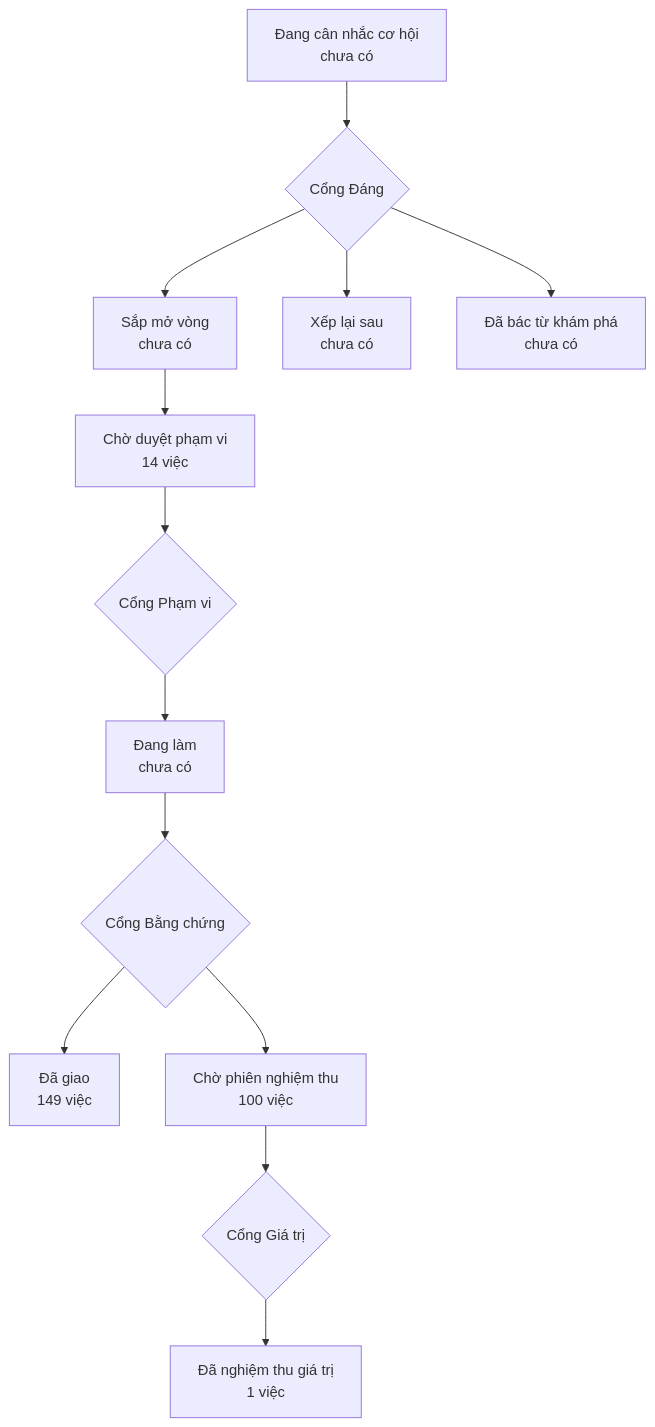
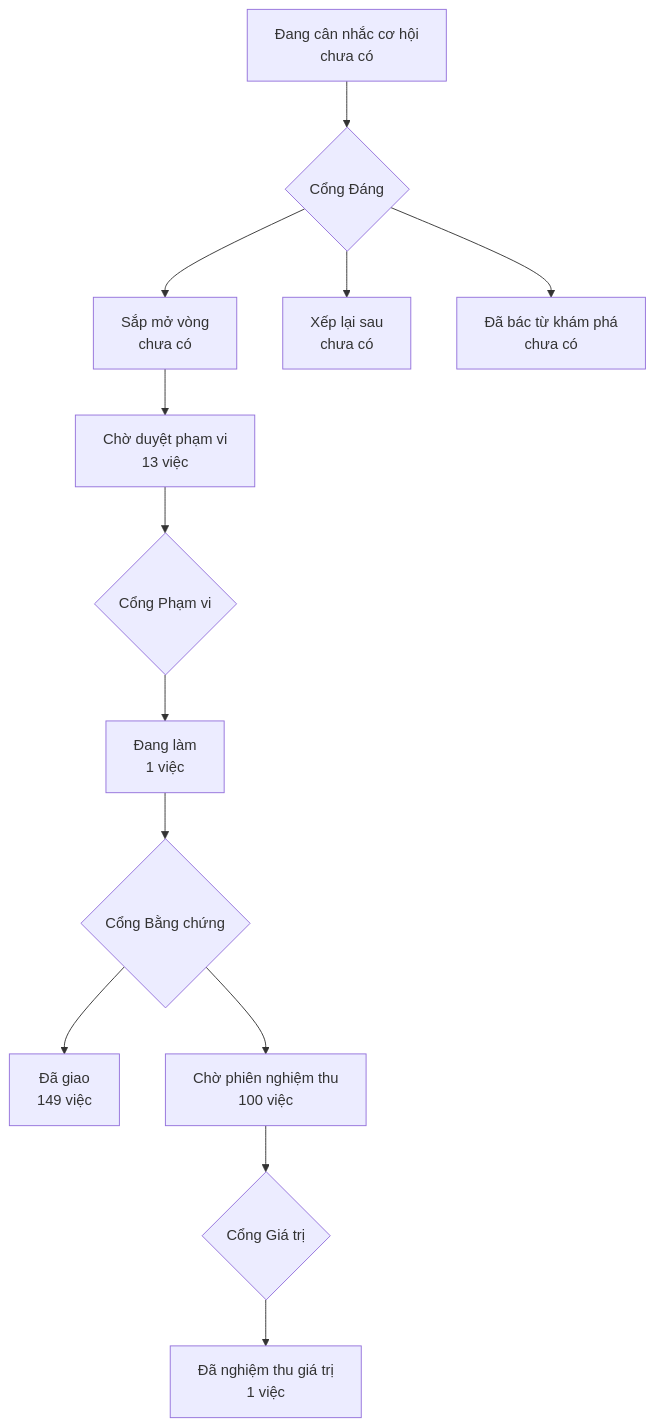
The diagram in PRODUCT-MAP.md (phanlemanh/onehub-invest), drawn with Mermaid before and after one commit. The commit also changed other lines of this file and 2 other files, not shown here.

Commit message:
Gate 1: truong-nhan-s03-081 — Mạnh duyệt phạm vi (Hỏi-1..4 theo khuyến nghị)

````diff
--- a/PRODUCT-MAP.md
+++ b/PRODUCT-MAP.md
@@ -7,12 +7,12 @@
 ```mermaid
 flowchart TD
   A["Đang cân nhắc cơ hội<br/>chưa có"] --> GD{"Cổng Đáng"}
   GD --> B["Sắp mở vòng<br/>chưa có"]
   GD --> XL["Xếp lại sau<br/>chưa có"]
   GD --> DB["Đã bác từ khám phá<br/>chưa có"]
-  B --> CD["Chờ duyệt phạm vi<br/>14 việc"] --> GP{"Cổng Phạm vi"}
-  GP --> DL["Đang làm<br/>chưa có"] --> GB{"Cổng Bằng chứng"}
+  B --> CD["Chờ duyệt phạm vi<br/>13 việc"] --> GP{"Cổng Phạm vi"}
+  GP --> DL["Đang làm<br/>1 việc"] --> GB{"Cổng Bằng chứng"}
   GB --> DG["Đã giao<br/>149 việc"]
   GB --> CN["Chờ phiên nghiệm thu<br/>100 việc"] --> GG{"Cổng Giá trị"}
   GG --> NT["Đã nghiệm thu giá trị<br/>1 việc"]
 ```
````
